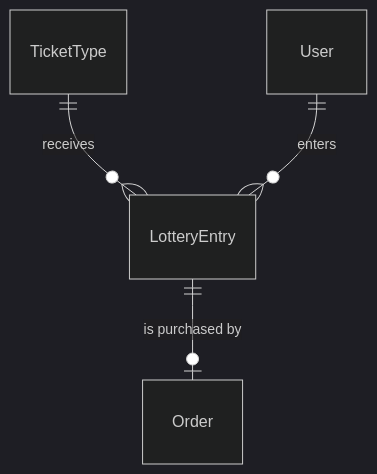
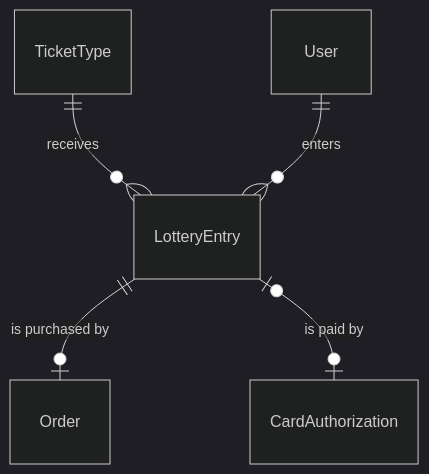
Before and after one commit to liverty-music/specification: the first of 2 diagrams in openspec/changes/unify-ticket-sales/specs/components/entity/lottery-entry/spec.md, drawn with Mermaid (dark theme). The commit also changed other lines of this file and 135 other files, not shown here.

````diff
--- a/openspec/changes/unify-ticket-sales/specs/components/entity/lottery-entry/spec.md
+++ b/openspec/changes/unify-ticket-sales/specs/components/entity/lottery-entry/spec.md
@@ -17,6 +17,7 @@
 ```mermaid
 erDiagram
   TicketType ||--o{ LotteryEntry : "receives"
   User ||--o{ LotteryEntry : "enters"
   LotteryEntry ||--o| Order : "is purchased by"
+  LotteryEntry |o--o| CardAuthorization : "is paid by"
 ```
````
